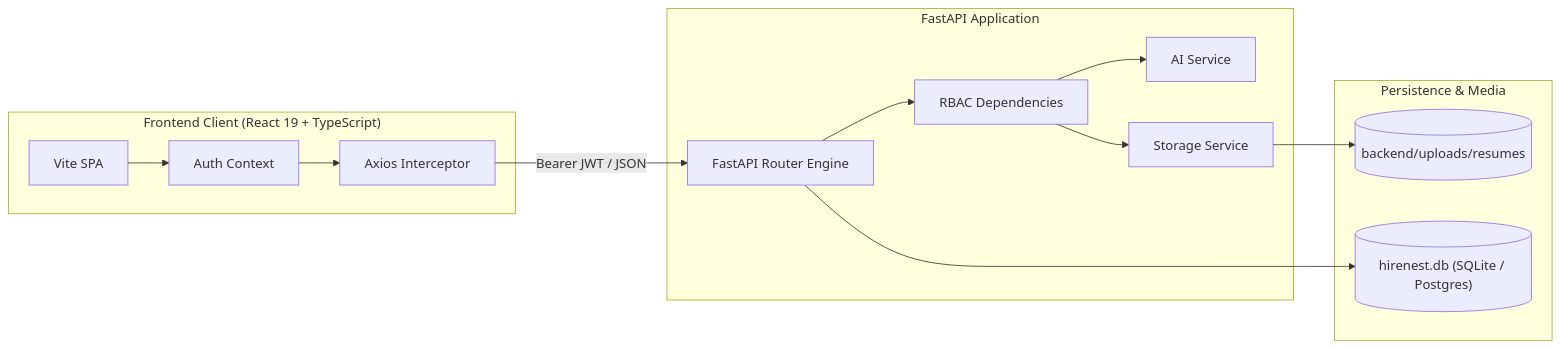
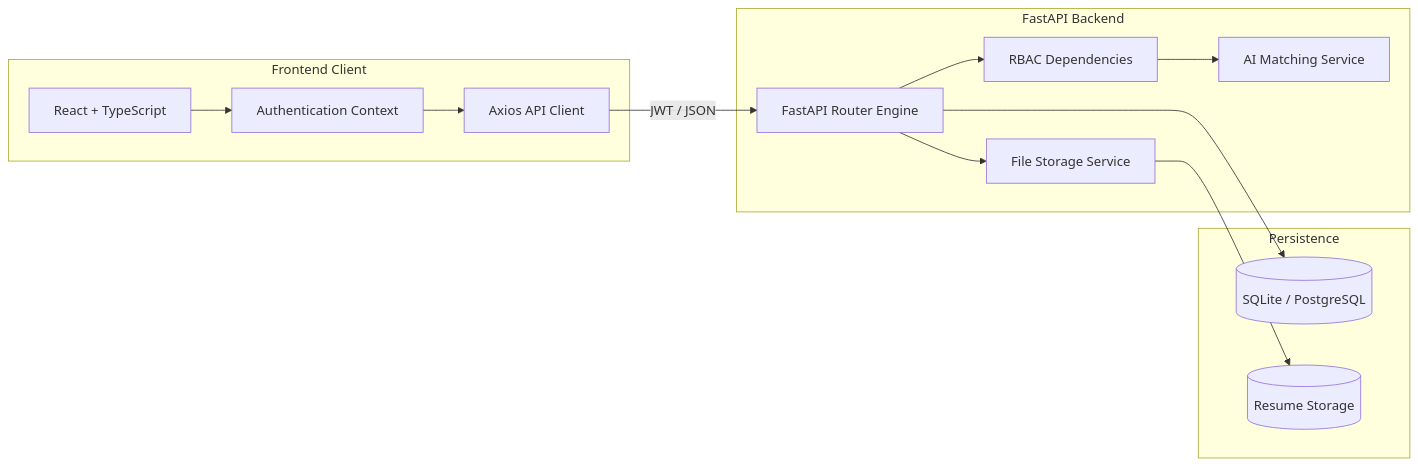
One commit to sneh8989/hirenest-job-portal changed the diagram in README.md. Above: the diagram before and after it, drawn with Mermaid. The commit also changed other lines of this file, not shown here.

````diff
--- a/README.md
+++ b/README.md
@@ -134,27 +142,29 @@
 ```mermaid
 flowchart LR
-    subgraph Client["Frontend Client (React 19 + TypeScript)"]
-        SPA["Vite SPA"]
-        AuthContext["Auth Context"]
-        Axios["Axios Interceptor"]
+    subgraph Client["Frontend Client"]
+        SPA["React + TypeScript"]
+        Auth["Authentication Context"]
+        Axios["Axios API Client"]
     end
 
-    subgraph Server["FastAPI Application"]
-        FastAPIApp["FastAPI Router Engine"]
-        Deps["RBAC Dependencies"]
-        AISvc["AI Service"]
-        StorageSvc["Storage Service"]
+    subgraph Server["FastAPI Backend"]
+        API["FastAPI Router Engine"]
+        RBAC["RBAC Dependencies"]
+        AI["AI Matching Service"]
+        Storage["File Storage Service"]
     end
 
-    subgraph Storage["Persistence & Media"]
-        DB[("hirenest.db (SQLite / Postgres)")]
-        Uploads[("backend/uploads/resumes")]
+    subgraph Database["Persistence"]
+        DB[("SQLite / PostgreSQL")]
+        Uploads[("Resume Storage")]
     end
 
-    SPA --> AuthContext --> Axios
-    Axios -->|"Bearer JWT / JSON"| FastAPIApp
-    FastAPIApp --> Deps
-    Deps --> AISvc & StorageSvc
-    FastAPIApp --> DB
-    StorageSvc --> Uploads
+    SPA --> Auth
+    Auth --> Axios
+    Axios -->|"JWT / JSON"| API
+    API --> RBAC
+    RBAC --> AI
+    API --> DB
+    API --> Storage
+    Storage --> Uploads
 ```
````
